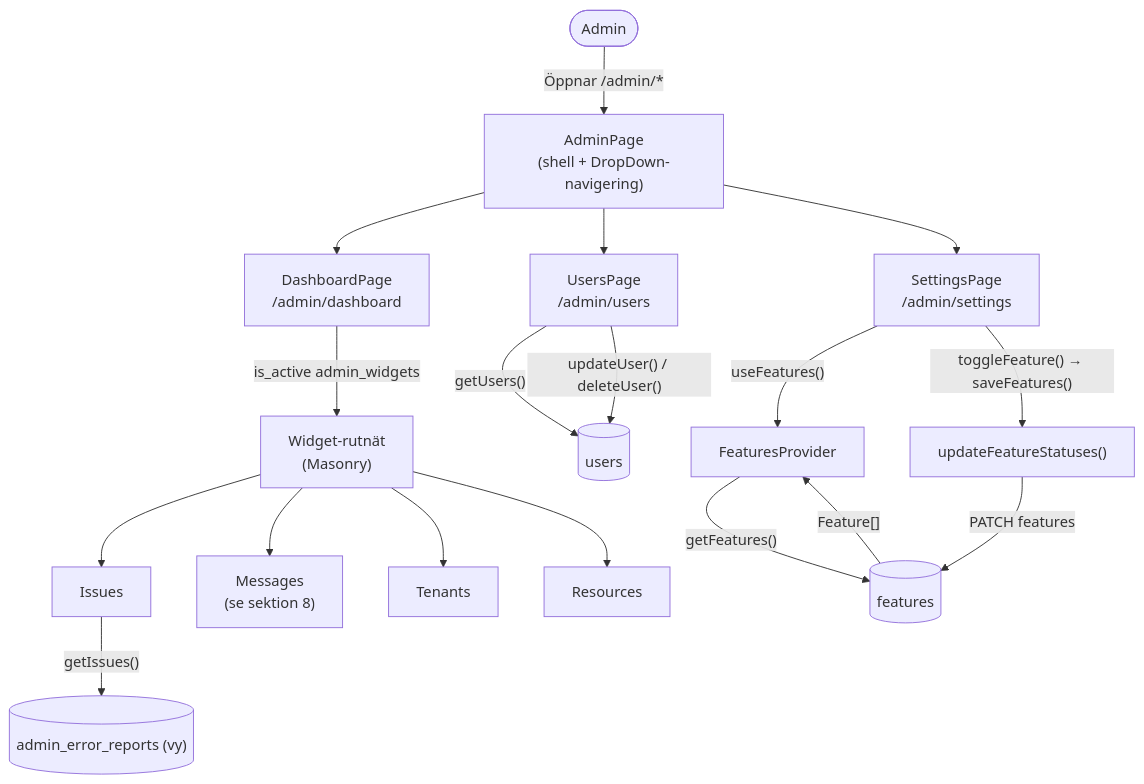
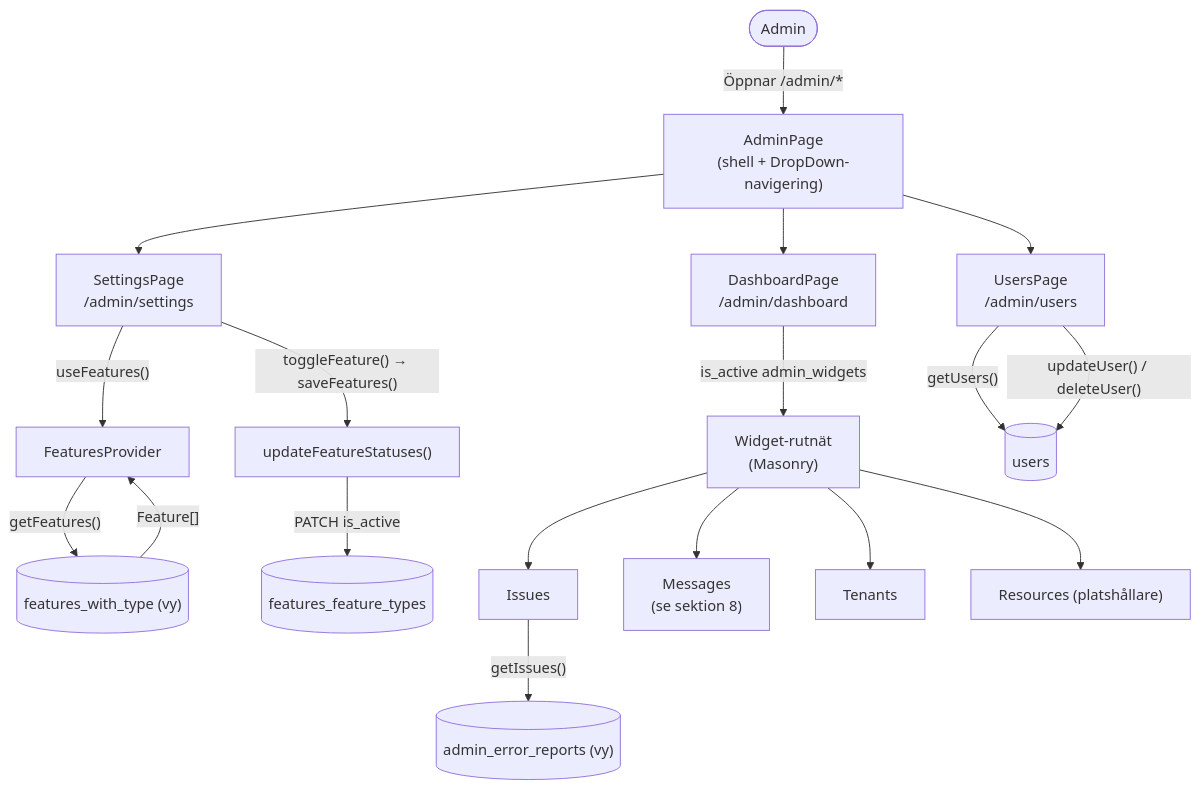
Before and after one commit to niloscar/boendeportalen: the seventh of 8 diagrams in docs/data-flow-diagram.md, drawn with Mermaid. The commit also changed other lines of this file, not shown here.

Commit message:
docs: update data flow diagram with new apartment data flow and feature flags

````diff
--- a/docs/data-flow-diagram.md
+++ b/docs/data-flow-diagram.md
@@ -200,27 +202,27 @@
 ```mermaid
 flowchart TD
     ADMIN([Admin]) -->|"Öppnar /admin/*"| AD["AdminPage<br/>(shell + DropDown-navigering)"]
     AD --> DASH["DashboardPage<br/>/admin/dashboard"]
     AD --> USERS["UsersPage<br/>/admin/users"]
     AD --> SET["SettingsPage<br/>/admin/settings"]
 
     %% Inställningar / feature flags
     SET -->|"useFeatures()"| FC["FeaturesProvider"]
-    FC -->|"getFeatures()"| DBF[("features")]
-    DBF -->|"Feature[]"| FC
+    FC -->|"getFeatures()"| DBFWT[("features_with_type (vy)")]
+    DBFWT -->|"Feature[]"| FC
     SET -->|"toggleFeature() → saveFeatures()"| SAVE["updateFeatureStatuses()"]
-    SAVE -->|"PATCH features"| DBF
+    SAVE -->|"PATCH is_active"| DBFFT[("features_feature_types")]
 
     %% Dashboard-widgetar (styrs av admin_widgets-flaggor)
     DASH -->|"is_active admin_widgets"| WGRID["Widget-rutnät<br/>(Masonry)"]
     WGRID --> WISSUES["Issues"]
     WGRID --> WMSG["Messages<br/>(se sektion 8)"]
     WGRID --> WTEN["Tenants"]
-    WGRID --> WRES["Resources"]
+    WGRID --> WRES["Resources (platshållare)"]
 
     WISSUES -->|"getIssues()"| VER[("admin_error_reports (vy)")]
 
     %% Användarhantering
     USERS -->|"getUsers()"| DBU[("users")]
     USERS -->|"updateUser() / deleteUser()"| DBU
 ```
````
